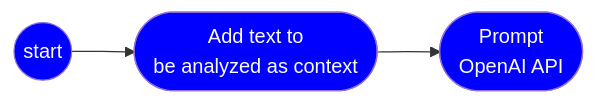
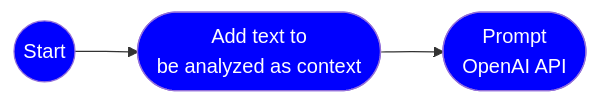
Before and after one commit to msalemor/llm-use-cases: the first of 5 diagrams in README.md, drawn with Mermaid. The commit also changed other lines of this file, not shown here.

````diff
--- a/README.md
+++ b/README.md
@@ -13,7 +13,7 @@
 ```mermaid
 flowchart LR
-  A((start))-->B([Add text to<br/>be analyzed as context])
+  A((Start))-->B([Add text to<br/>be analyzed as context])
   B-->O([Prompt<br/>OpenAI API])
   classDef blue fill:blue,color:#fefefe
   class A,B,O blue
 ```
````
